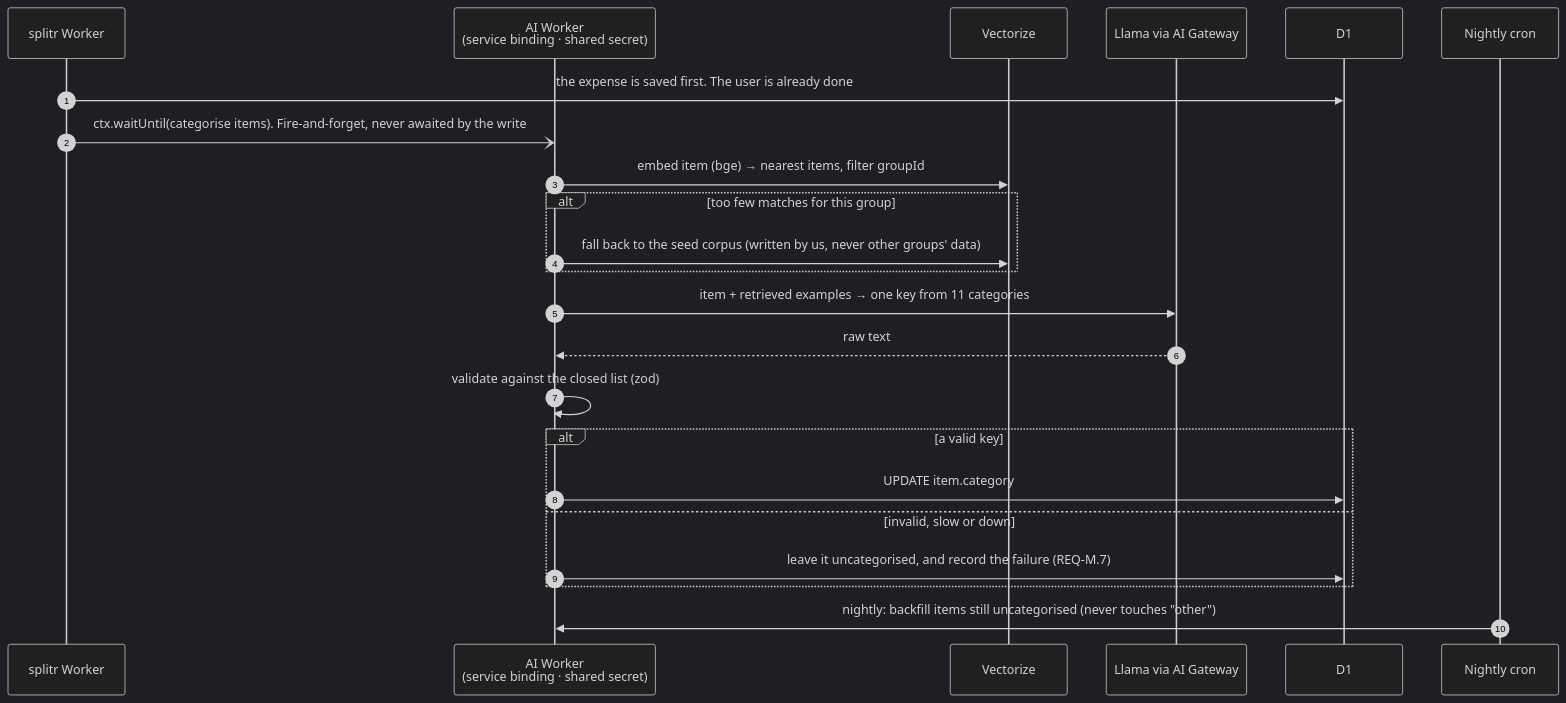
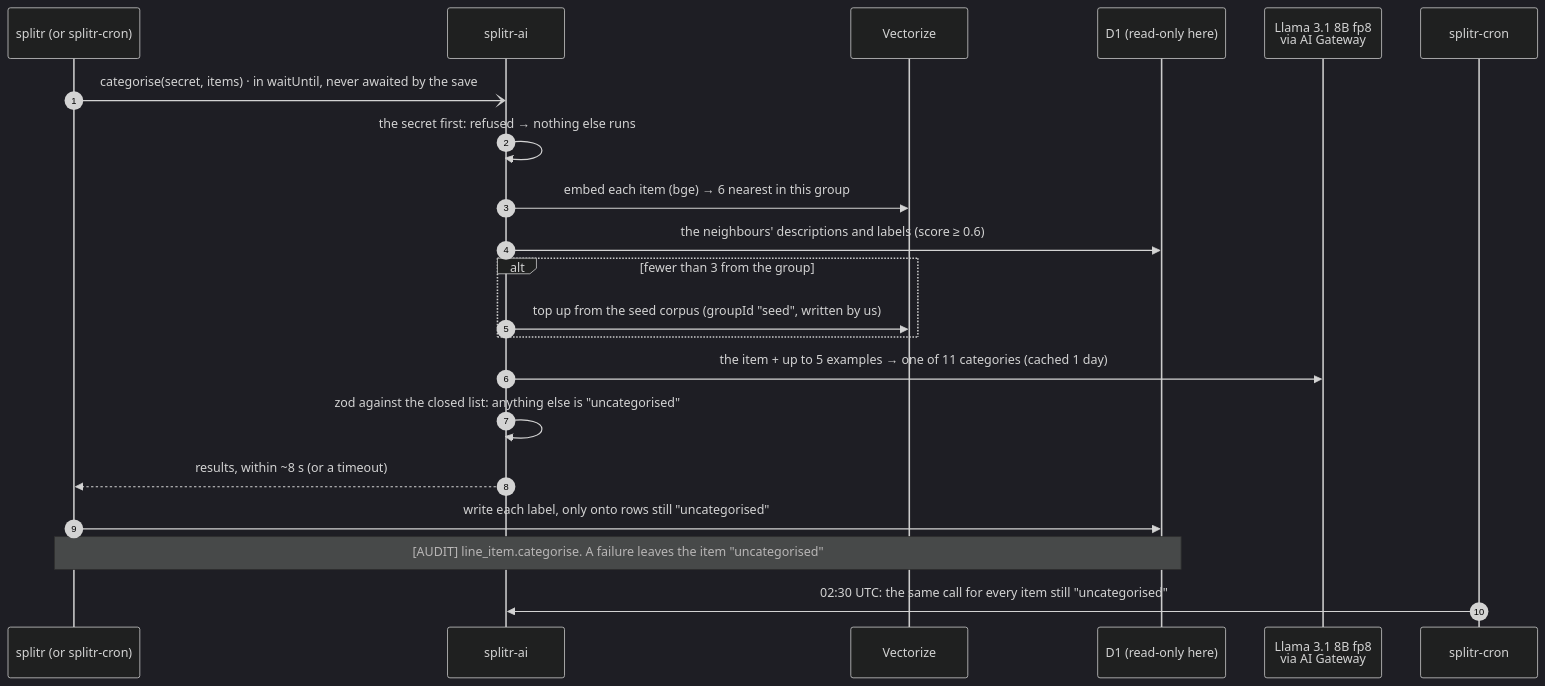
One commit to rafio-dgn/splitr changed the sixth of 11 diagrams in README.md. Above: the diagram before and after it, drawn with Mermaid (dark theme). The commit also changed other lines of this file and 6 other files, not shown here.

First line of the commit message:
docs(x2): the README's architecture, redrawn as shipped

````diff
--- a/README.md
+++ b/README.md
@@ -253,26 +283,24 @@
 ```mermaid
 sequenceDiagram
     autonumber
-    participant W as splitr Worker
-    participant AIW as AI Worker<br/>(service binding · shared secret)
+    participant W as splitr (or splitr-cron)
+    participant AIW as splitr-ai
     participant V as Vectorize
-    participant L as Llama via AI Gateway
-    participant D1 as D1
-    participant CR as Nightly cron
+    participant D1 as D1 (read-only here)
+    participant L as Llama 3.1 8B fp8<br/>via AI Gateway
+    participant CR as splitr-cron
 
-    W->>D1: the expense is saved first. The user is already done
-    W-)AIW: ctx.waitUntil(categorise items). Fire-and-forget, never awaited by the write
-    AIW->>V: embed item (bge) → nearest items, filter groupId
-    alt too few matches for this group
-        AIW->>V: fall back to the seed corpus (written by us, never other groups' data)
+    W-)AIW: categorise(secret, items) · in waitUntil, never awaited by the save
+    AIW->>AIW: the secret first: refused → nothing else runs
+    AIW->>V: embed each item (bge) → 6 nearest in this group
+    AIW->>D1: the neighbours' descriptions and labels (score ≥ 0.6)
+    alt fewer than 3 from the group
+        AIW->>V: top up from the seed corpus (groupId "seed", written by us)
     end
-    AIW->>L: item + retrieved examples → one key from 11 categories
-    L-->>AIW: raw text
-    AIW->>AIW: validate against the closed list (zod)
-    alt a valid key
-        AIW->>D1: UPDATE item.category
-    else invalid, slow or down
-        AIW->>D1: leave it uncategorised, and record the failure (REQ-M.7)
-    end
-    CR->>AIW: nightly: backfill items still uncategorised (never touches "other")
+    AIW->>L: the item + up to 5 examples → one of 11 categories (cached 1 day)
+    AIW->>AIW: zod against the closed list: anything else is "uncategorised"
+    AIW-->>W: results, within ~8 s (or a timeout)
+    W->>D1: write each label, only onto rows still "uncategorised"
+    Note over W,D1: [AUDIT] line_item.categorise. A failure leaves the item "uncategorised"
+    CR->>AIW: 02:30 UTC: the same call for every item still "uncategorised"
 ```
````
